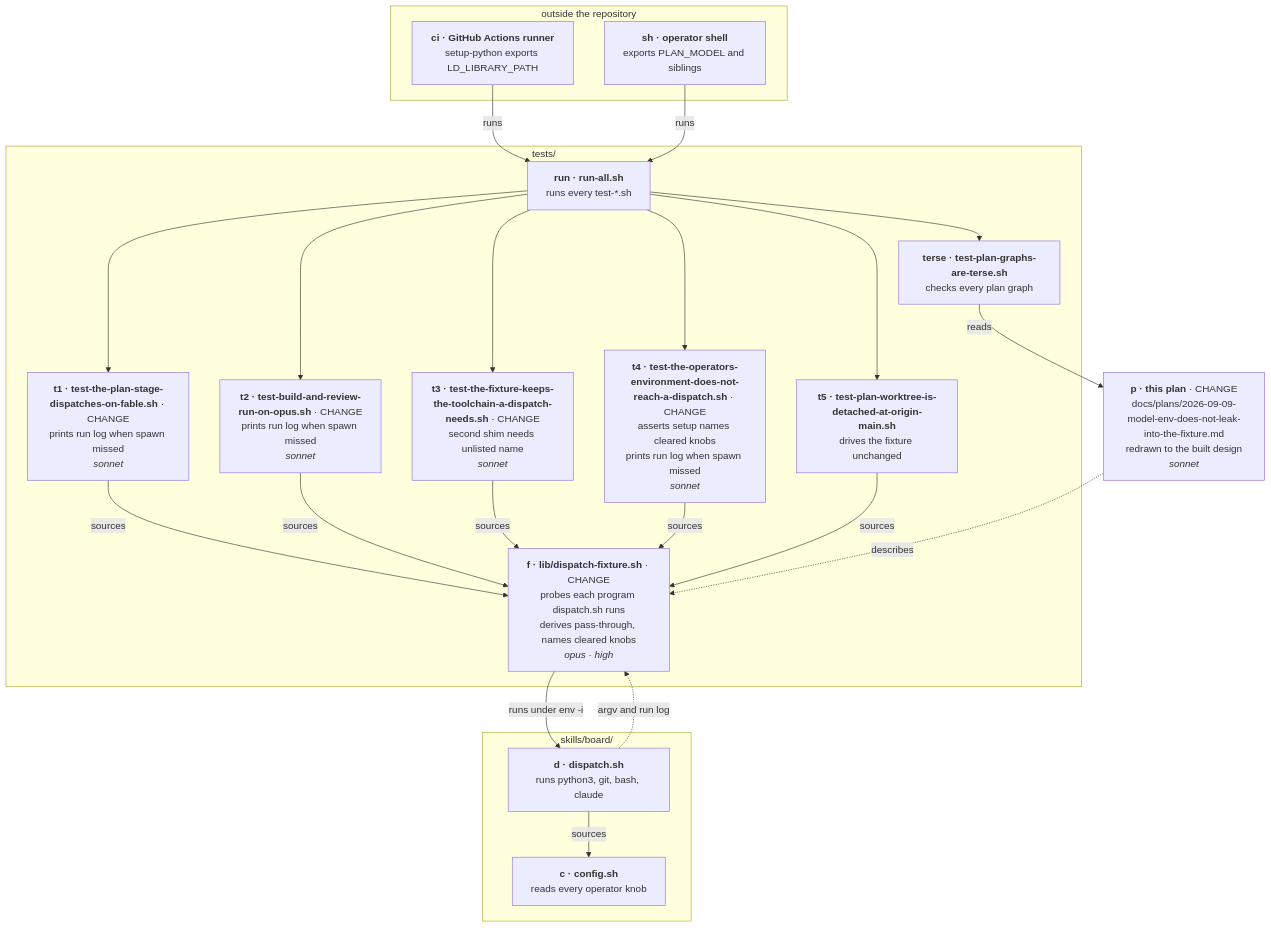
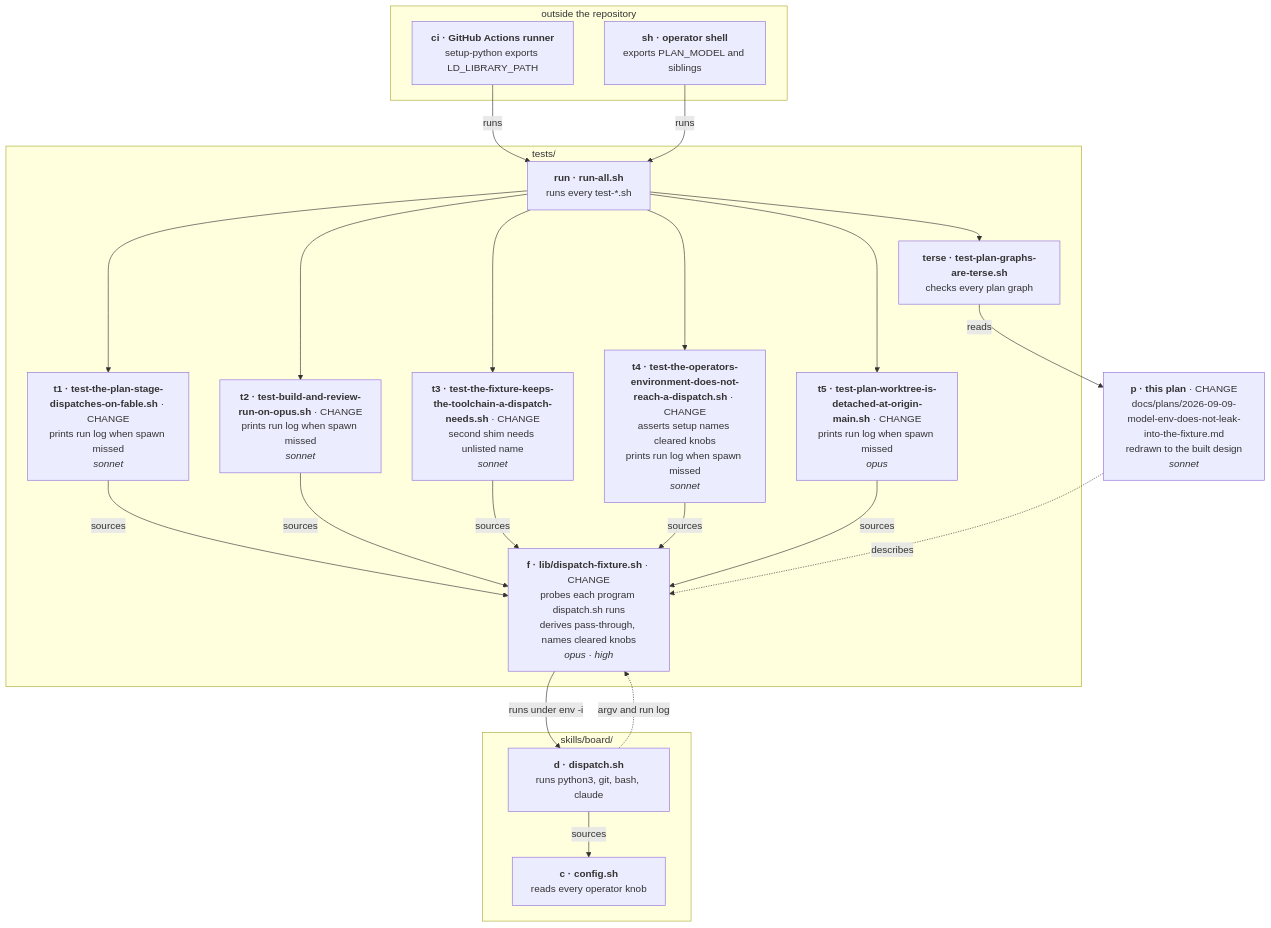
Before and after one commit to praveenVnktsh/foreman: the diagram in docs/plans/2026-09-09-model-env-does-not-leak-into-the-fixture.md, drawn with Mermaid. The commit also changed 5 other files, not shown here.

````diff
--- a/docs/plans/2026-09-09-model-env-does-not-leak-into-the-fixture.md
+++ b/docs/plans/2026-09-09-model-env-does-not-leak-into-the-fixture.md
@@ -1,44 +1,44 @@
 ```mermaid
 flowchart TD
   subgraph outside["outside the repository"]
     ci["<b>ci · GitHub Actions runner</b><br/>setup-python exports LD_LIBRARY_PATH"]
     sh["<b>sh · operator shell</b><br/>exports PLAN_MODEL and siblings"]
   end
 
   subgraph tests["tests/"]
     run["<b>run · run-all.sh</b><br/>runs every test-*.sh"]
     f["<b>f · lib/dispatch-fixture.sh</b> · CHANGE<br/>probes each program dispatch.sh runs<br/>derives pass-through, names cleared knobs<br/><i>opus · high</i>"]
     t1["<b>t1 · test-the-plan-stage-dispatches-on-fable.sh</b> · CHANGE<br/>prints run log when spawn missed<br/><i>sonnet</i>"]
     t2["<b>t2 · test-build-and-review-run-on-opus.sh</b> · CHANGE<br/>prints run log when spawn missed<br/><i>sonnet</i>"]
     t3["<b>t3 · test-the-fixture-keeps-the-toolchain-a-dispatch-needs.sh</b> · CHANGE<br/>second shim needs unlisted name<br/><i>sonnet</i>"]
     t4["<b>t4 · test-the-operators-environment-does-not-reach-a-dispatch.sh</b> · CHANGE<br/>asserts setup names cleared knobs<br/>prints run log when spawn missed<br/><i>sonnet</i>"]
-    t5["<b>t5 · test-plan-worktree-is-detached-at-origin-main.sh</b><br/>drives the fixture unchanged"]
+    t5["<b>t5 · test-plan-worktree-is-detached-at-origin-main.sh</b> · CHANGE<br/>prints run log when spawn missed<br/><i>opus</i>"]
     terse["<b>terse · test-plan-graphs-are-terse.sh</b><br/>checks every plan graph"]
   end
 
   subgraph board["skills/board/"]
     d["<b>d · dispatch.sh</b><br/>runs python3, git, bash, claude"]
     c["<b>c · config.sh</b><br/>reads every operator knob"]
   end
 
   p["<b>p · this plan</b> · CHANGE<br/>docs/plans/2026-09-09-model-env-does-not-leak-into-the-fixture.md<br/>redrawn to the built design<br/><i>sonnet</i>"]
 
   ci -->|"runs"| run
   sh -->|"runs"| run
   run --> t1
   run --> t2
   run --> t3
   run --> t4
   run --> t5
   run --> terse
   t1 -->|"sources"| f
   t2 -->|"sources"| f
   t3 -->|"sources"| f
   t4 -->|"sources"| f
   t5 -->|"sources"| f
   f -->|"runs under env -i"| d
   d -->|"sources"| c
   d -.->|"argv and run log"| f
   terse -->|"reads"| p
   p -.->|"describes"| f
 ```
````
